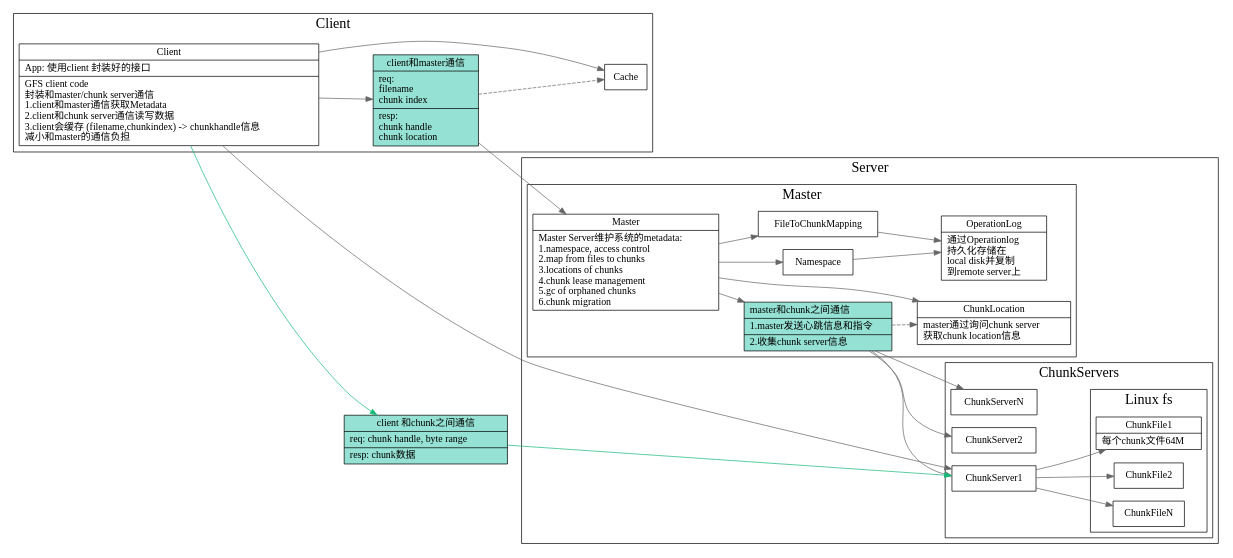
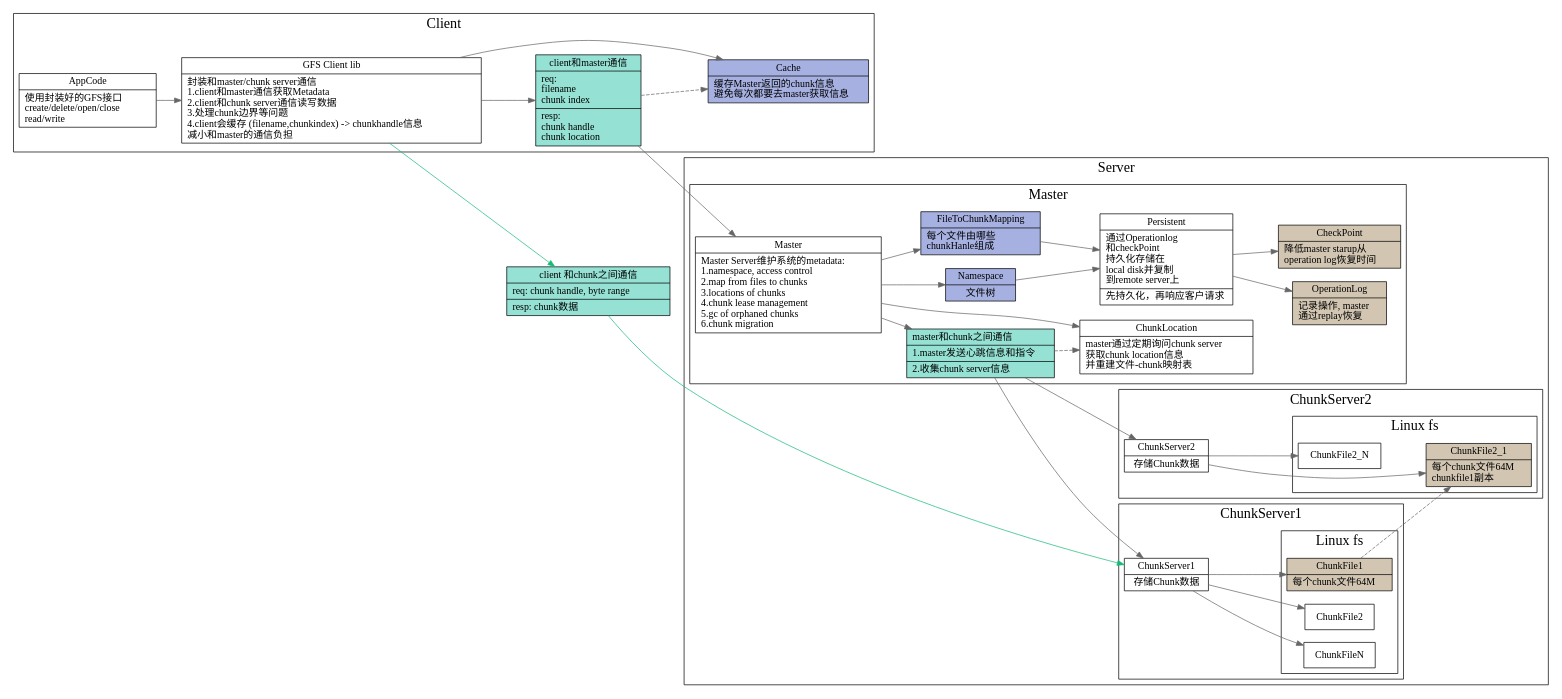
The diagram in src/mit6-824/gfs-arch.dot (xieyu/blog), drawn with Graphviz before and after one commit. The commit also changed 1 other file, not shown here.

Commit message:
add note on gfs arch

```diff
--- a/src/mit6-824/gfs-arch.dot
+++ b/src/mit6-824/gfs-arch.dot
@@ -5,18 +5,37 @@
   rankdir=LR;
   subgraph cluster_Client {
     graph[label="Client";fontsize=20;];
+    AppCode[
+      shape="record";
+      label="{{
+        AppCode|
+        使用封装好的GFS接口\l
+        create/delete/open/close\l
+        read/write\l
+      }}";
+    ];
+    AppCode -> Client;
     Client[
       shape="record"
       label="{{
-        Client|
-        App: 使用client 封装好的接口\l|
-        GFS client code\l
+        GFS Client lib|
         封装和master/chunk server通信\l
         1.client和master通信获取Metadata\l
         2.client和chunk server通信读写数据\l
-        3.client会缓存 (filename,chunkindex) -\> chunkhandle信息\l
+        3.处理chunk边界等问题\l
+        4.client会缓存 (filename,chunkindex) -\> chunkhandle信息\l
         减小和master的通信负担\l
       }}"
+    ];
+    Cache[
+      shape="record";
+      style=filled
+      fillcolor="#a6b1e1"
+      label="{{
+        Cache|
+        缓存Master返回的chunk信息\l
+        避免每次都要去master获取信息\l
+      }}";
     ];
     Client -> Cache;
     client_req -> Cache[style=dashed];
@@ -47,32 +66,82 @@
       {
         FileToChunkMapping;
         Namespace
-      } -> OperationLog;
+      } -> Persistent;
+      Namespace[
+        shape="record";
+        style=filled
+        fillcolor="#a6b1e1"
+        label="{{
+          Namespace|
+          文件树
+        }}";
+      ];
+      FileToChunkMapping[
+        shape="record";
+        style=filled
+        fillcolor="#a6b1e1"
+        label="{{
+          FileToChunkMapping|
+          每个文件由哪些\l 
+          chunkHanle组成\l
+        }}";
+      ];
       master_chunk -> ChunkLocation[style=dashed];
-      OperationLog[
+      Persistent[
         shape="record"
         label="{{
-          OperationLog|
+          Persistent|
           通过Operationlog\l 
+          和checkPoint\l
           持久化存储在\l
           local disk并复制\l 
-          到remote server上\l
+          到remote server上\l|
+          先持久化，再响应客户请求\l
         }}"
+      ];
+      Persistent -> {
+        OperationLog;
+        CheckPoint;
+      };
+      OperationLog[
+        shape="record";
+        style=filled;
+        fillcolor="#d2c6b2"
+        label="{{
+          OperationLog|
+          记录操作, master\l 
+          通过replay恢复\l
+        }}";
+      ];
+      CheckPoint[
+        shape="record";
+        style=filled;
+        fillcolor="#d2c6b2"
+        label="{{
+          CheckPoint|
+          降低master starup从\l 
+          operation log恢复时间\l
+        }}";
       ];
       ChunkLocation[
         shape="record"
         label="{{
           ChunkLocation|
-          master通过询问chunk server\l
+          master通过定期询问chunk server\l
           获取chunk location信息\l
+          并重建文件-chunk映射表\l
         }}"
       ];
     }
     subgraph cluster_ChunkServers {
-      graph[label="ChunkServers";fontsize=20;];
-      ChunkServer1;
-      ChunkServer2;
-      ChunkServerN;
+      graph[label="ChunkServer1";fontsize=20;];
+      ChunkServer1[
+        shape="record";
+        label="{{
+          ChunkServer1|
+          存储Chunk数据
+        }}";
+      ];
       ChunkServer1 -> {
         ChunkFile1;
         ChunkFile2;
@@ -85,6 +154,8 @@
         ChunkFileN;
         ChunkFile1[
           shape="record"
+          style=filled;
+          fillcolor="#d2c6b2"
           label="{{
             ChunkFile1|
             每个chunk文件64M\l
@@ -92,11 +163,46 @@
         ];
       }
     }
+
+    subgraph cluster_ChunkServer2 {
+      graph[label="ChunkServer2";fontsize=20;];
+      ChunkServer2[
+        shape="record";
+        label="{{
+          ChunkServer2|
+          存储Chunk数据
+        }}";
+      ];
+      ChunkServer2 -> {
+        ChunkFile2_1;
+        ChunkFile2_1;
+        ChunkFile2_N;
+      }
+      subgraph cluster_Linux_fs {
+        graph[label="Linux fs";fontsize=20;];
+        ChunkFile2_1;
+        ChunkFile2_1;
+        ChunkFile2_N;
+        ChunkFile2_1[
+          shape="record"
+          style=filled;
+          fillcolor="#d2c6b2"
+          label="{{
+            ChunkFile2_1|
+            每个chunk文件64M\l
+            chunkfile1副本\l
+          }}"
+        ];
+      }
+    }
+
+    ChunkFile1 -> ChunkFile2_1[style=dashed];
+
     Master -> master_chunk ->{
       ChunkServer1;
-      ChunkServer2;
-      ChunkServerN;
+      ChunkServer2
     };
+
     master_chunk[
       shape="record";
       fillcolor="#95e1d3"
@@ -124,7 +230,6 @@
     }}"
   ];
 
-  Client -> {ChunkServer1};
   Client -> data ->  ChunkServer1[color="#17b978"];
   data[
     shape="record"
```
